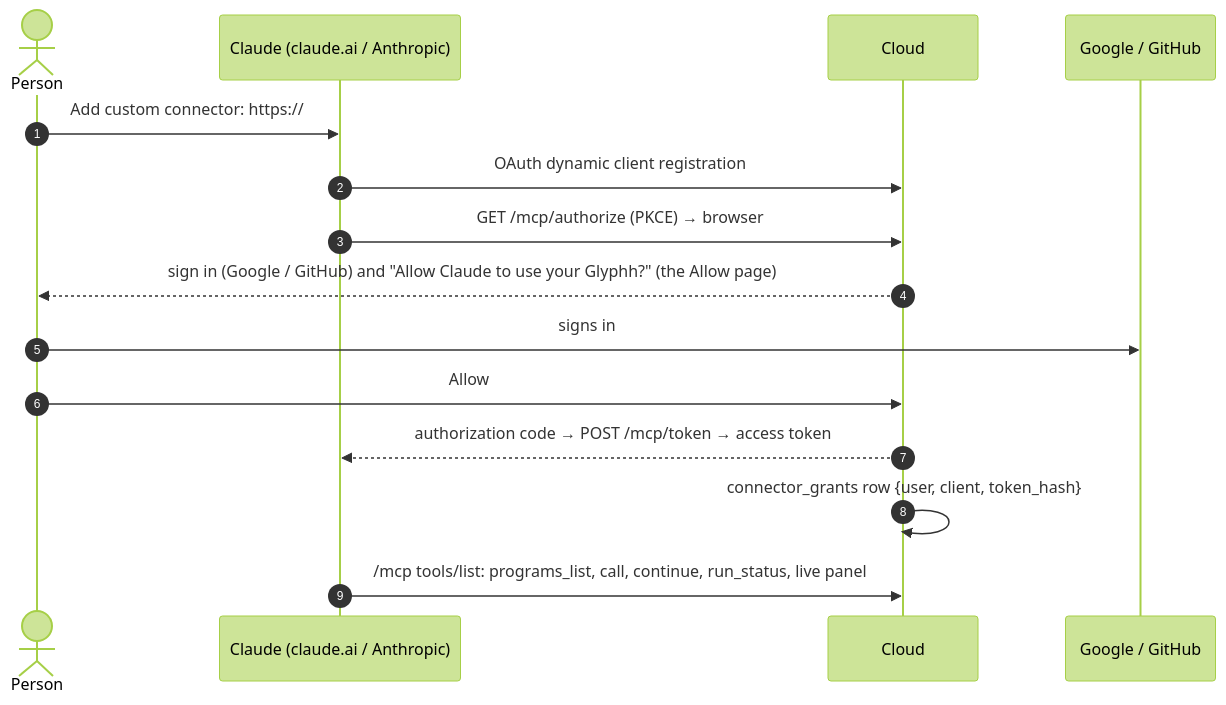
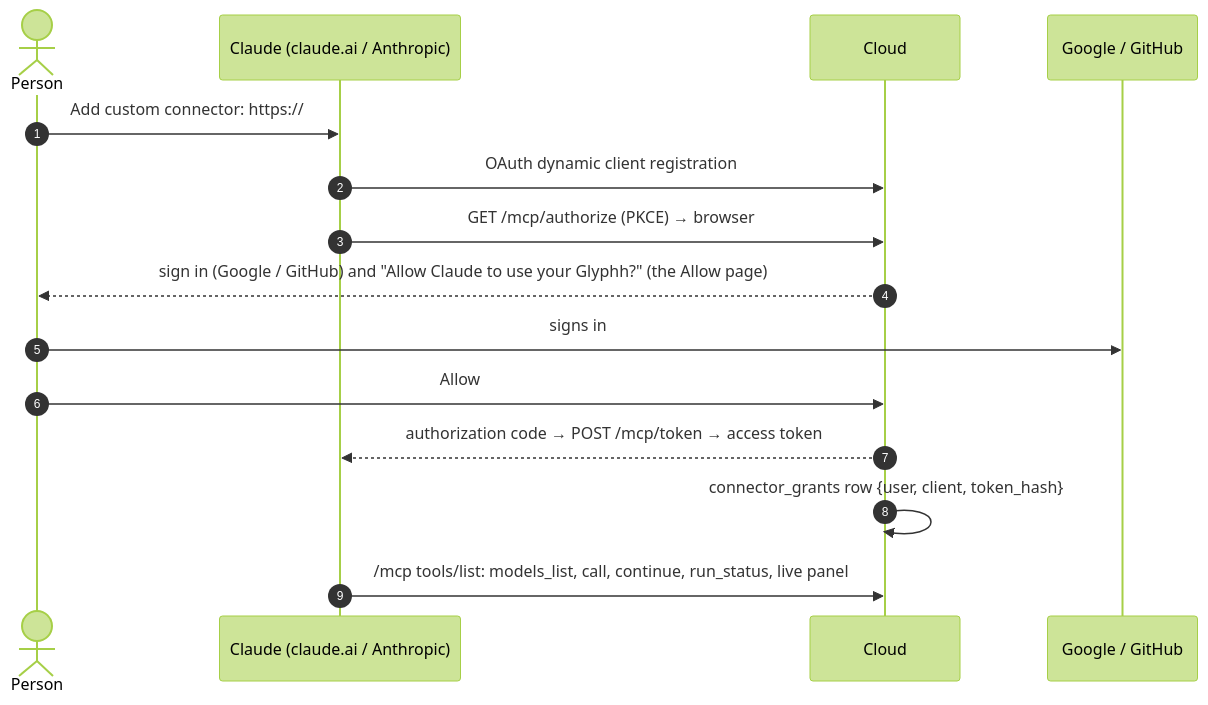
One commit to glyphh-ai/rrotor changed the fourth of 13 diagrams in docs/architecture.md. Above: the diagram before and after it, drawn with Mermaid (forest theme). The commit also changed other lines of this file and 63 other files, not shown here.

````diff
--- a/docs/architecture.md
+++ b/docs/architecture.md
@@ -156,17 +156,17 @@
 ```mermaid
 sequenceDiagram
     autonumber
     actor P as Person
     participant A as Claude (claude.ai / Anthropic)
     participant G as Cloud
     participant I as Google / GitHub
     P->>A: Add custom connector: https://#lt#59;glyphh#gt#59;/mcp
     A->>G: OAuth dynamic client registration
     A->>G: GET /mcp/authorize (PKCE) → browser
     G-->>P: sign in (Google / GitHub) and "Allow Claude to use your Glyphh?" (the Allow page)
     P->>I: signs in
     P->>G: Allow
     G-->>A: authorization code → POST /mcp/token → access token
     G->>G: connector_grants row {user, client, token_hash}
-    A->>G: /mcp tools/list: programs_list, call, continue, run_status, live panel
+    A->>G: /mcp tools/list: models_list, call, continue, run_status, live panel
 ```
````
